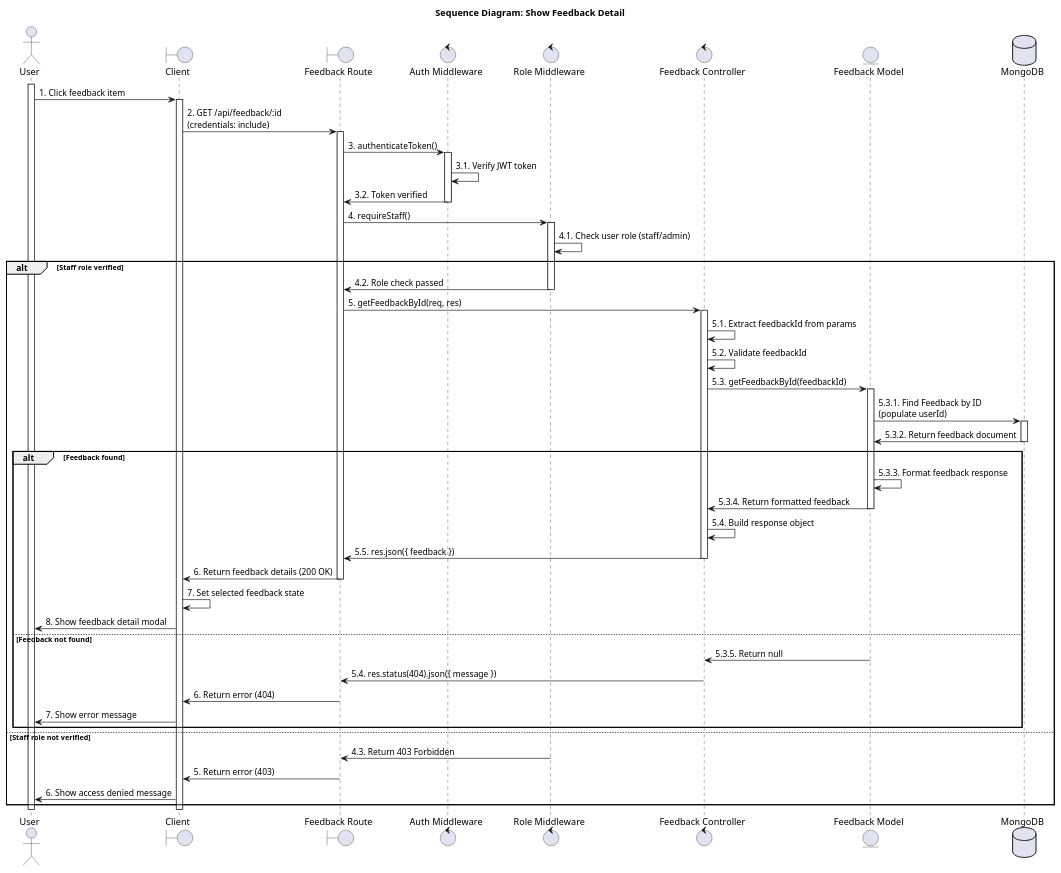
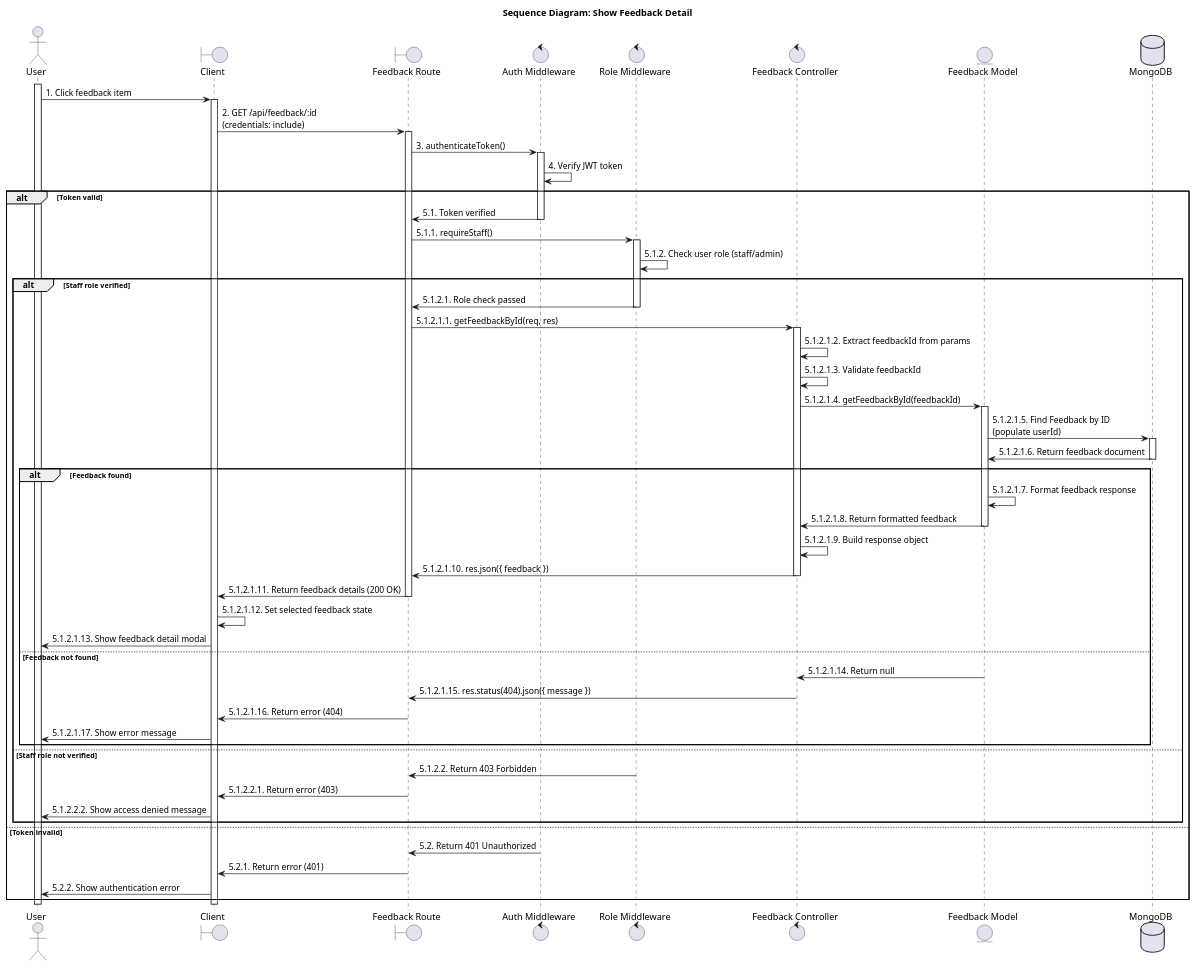
The second of 10 diagrams in SEQUENCE_DIAGRAMS_UC.md (SvnFrs/re-oldvibes), drawn with PlantUML before and after one commit. The commit also changed other lines of this file, not shown here.

````diff
--- a/SEQUENCE_DIAGRAMS_UC.md
+++ b/SEQUENCE_DIAGRAMS_UC.md
@@ -81,70 +81,78 @@
 ```plantuml
 @startuml Show Feedback Detail
 title Sequence Diagram: Show Feedback Detail
 
 actor User
 boundary "Client" as Client
 boundary "Feedback Route" as Route
 control "Auth Middleware" as AuthMiddleware
 control "Role Middleware" as RoleMiddleware
 control "Feedback Controller" as Controller
 entity "Feedback Model" as Model
 database "MongoDB" as Database
 
 activate User
 User -> Client : 1. Click feedback item
 activate Client
 Client -> Route : 2. GET /api/feedback/:id\n(credentials: include)
 activate Route
 Route -> AuthMiddleware : 3. authenticateToken()
 activate AuthMiddleware
-AuthMiddleware -> AuthMiddleware : 3.1. Verify JWT token
-AuthMiddleware -> Route : 3.2. Token verified
-deactivate AuthMiddleware
-Route -> RoleMiddleware : 4. requireStaff()
-activate RoleMiddleware
-RoleMiddleware -> RoleMiddleware : 4.1. Check user role (staff/admin)
-alt Staff role verified
-    RoleMiddleware -> Route : 4.2. Role check passed
-    deactivate RoleMiddleware
-    Route -> Controller : 5. getFeedbackById(req, res)
-    activate Controller
-    Controller -> Controller : 5.1. Extract feedbackId from params
-    Controller -> Controller : 5.2. Validate feedbackId
-    Controller -> Model : 5.3. getFeedbackById(feedbackId)
-    activate Model
-    Model -> Database : 5.3.1. Find Feedback by ID\n(populate userId)
-    activate Database
-    Database -> Model : 5.3.2. Return feedback document
-    deactivate Database
-    alt Feedback found
-        Model -> Model : 5.3.3. Format feedback response
-        Model -> Controller : 5.3.4. Return formatted feedback
-        deactivate Model
-        Controller -> Controller : 5.4. Build response object
-        Controller -> Route : 5.5. res.json({ feedback })
-        deactivate Controller
-        Route -> Client : 6. Return feedback details (200 OK)
+AuthMiddleware -> AuthMiddleware : 4. Verify JWT token
+alt Token valid
+    AuthMiddleware -> Route : 5.1. Token verified
+    deactivate AuthMiddleware
+    Route -> RoleMiddleware : 5.1.1. requireStaff()
+    activate RoleMiddleware
+    RoleMiddleware -> RoleMiddleware : 5.1.2. Check user role (staff/admin)
+    alt Staff role verified
+        RoleMiddleware -> Route : 5.1.2.1. Role check passed
+        deactivate RoleMiddleware
+        Route -> Controller : 5.1.2.1.1. getFeedbackById(req, res)
+        activate Controller
+        Controller -> Controller : 5.1.2.1.2. Extract feedbackId from params
+        Controller -> Controller : 5.1.2.1.3. Validate feedbackId
+        Controller -> Model : 5.1.2.1.4. getFeedbackById(feedbackId)
+        activate Model
+        Model -> Database : 5.1.2.1.5. Find Feedback by ID\n(populate userId)
+        activate Database
+        Database -> Model : 5.1.2.1.6. Return feedback document
+        deactivate Database
+        alt Feedback found
+            Model -> Model : 5.1.2.1.7. Format feedback response
+            Model -> Controller : 5.1.2.1.8. Return formatted feedback
+            deactivate Model
+            Controller -> Controller : 5.1.2.1.9. Build response object
+            Controller -> Route : 5.1.2.1.10. res.json({ feedback })
+            deactivate Controller
+            Route -> Client : 5.1.2.1.11. Return feedback details (200 OK)
+            deactivate Route
+            Client -> Client : 5.1.2.1.12. Set selected feedback state
+            Client -> User : 5.1.2.1.13. Show feedback detail modal
+        else Feedback not found
+            Model -> Controller : 5.1.2.1.14. Return null
+            deactivate Model
+            Controller -> Route : 5.1.2.1.15. res.status(404).json({ message })
+            deactivate Controller
+            Route -> Client : 5.1.2.1.16. Return error (404)
+            deactivate Route
+            Client -> User : 5.1.2.1.17. Show error message
+        end
+    else Staff role not verified
+        RoleMiddleware -> Route : 5.1.2.2. Return 403 Forbidden
+        deactivate RoleMiddleware
+        Route -> Client : 5.1.2.2.1. Return error (403)
         deactivate Route
-        Client -> Client : 7. Set selected feedback state
-        Client -> User : 8. Show feedback detail modal
-    else Feedback not found
-        Model -> Controller : 5.3.5. Return null
-        deactivate Model
-        Controller -> Route : 5.4. res.status(404).json({ message })
-        deactivate Controller
-        Route -> Client : 6. Return error (404)
-        deactivate Route
-        Client -> User : 7. Show error message
+        Client -> User : 5.1.2.2.2. Show access denied message
     end
-else Staff role not verified
-    RoleMiddleware -> Route : 4.3. Return 403 Forbidden
-    deactivate RoleMiddleware
-    Route -> Client : 5. Return error (403)
+else Token invalid
+    AuthMiddleware -> Route : 5.2. Return 401 Unauthorized
+    deactivate AuthMiddleware
+    Route -> Client : 5.2.1. Return error (401)
     deactivate Route
-    Client -> User : 6. Show access denied message
+    Client -> User : 5.2.2. Show authentication error
 end
 deactivate Client
 deactivate User
 @enduml
 ```
````
